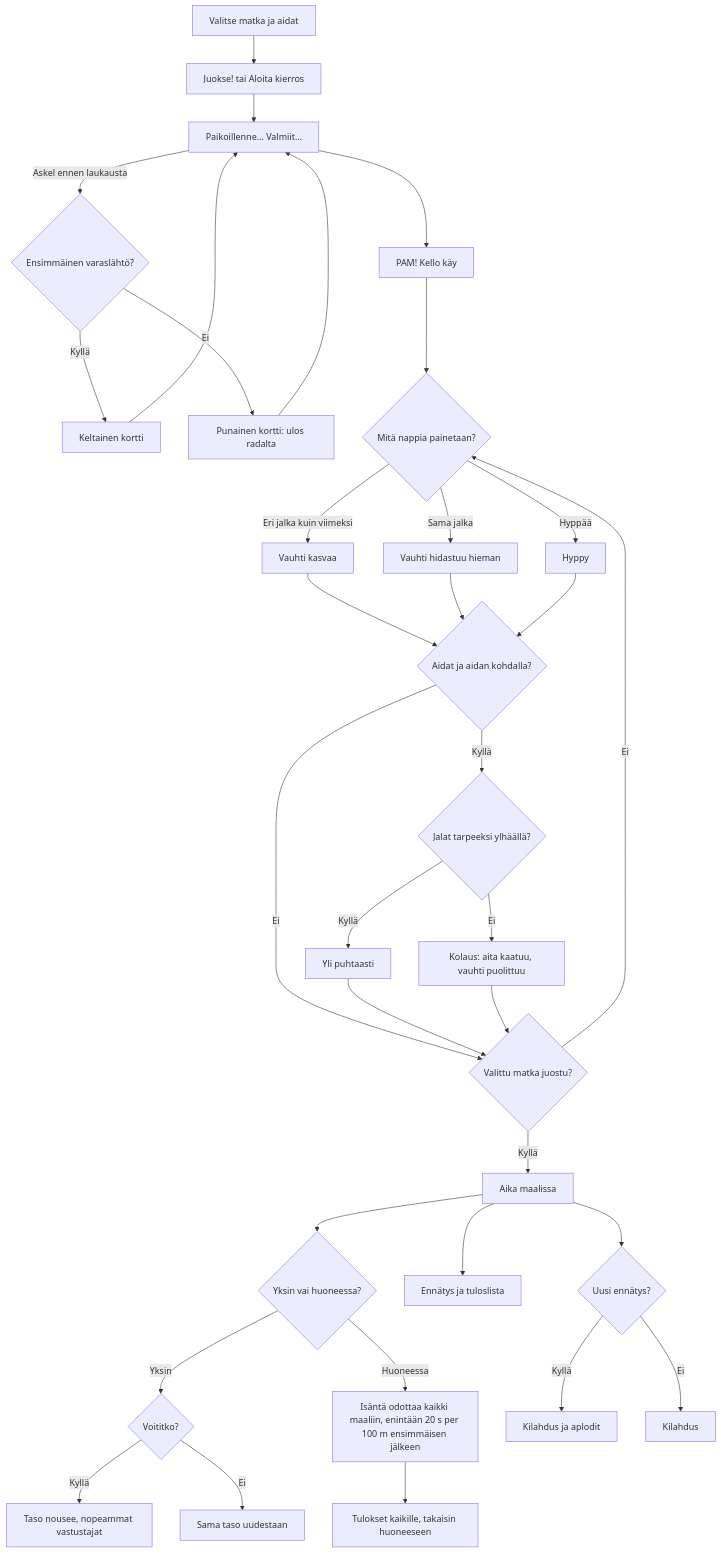
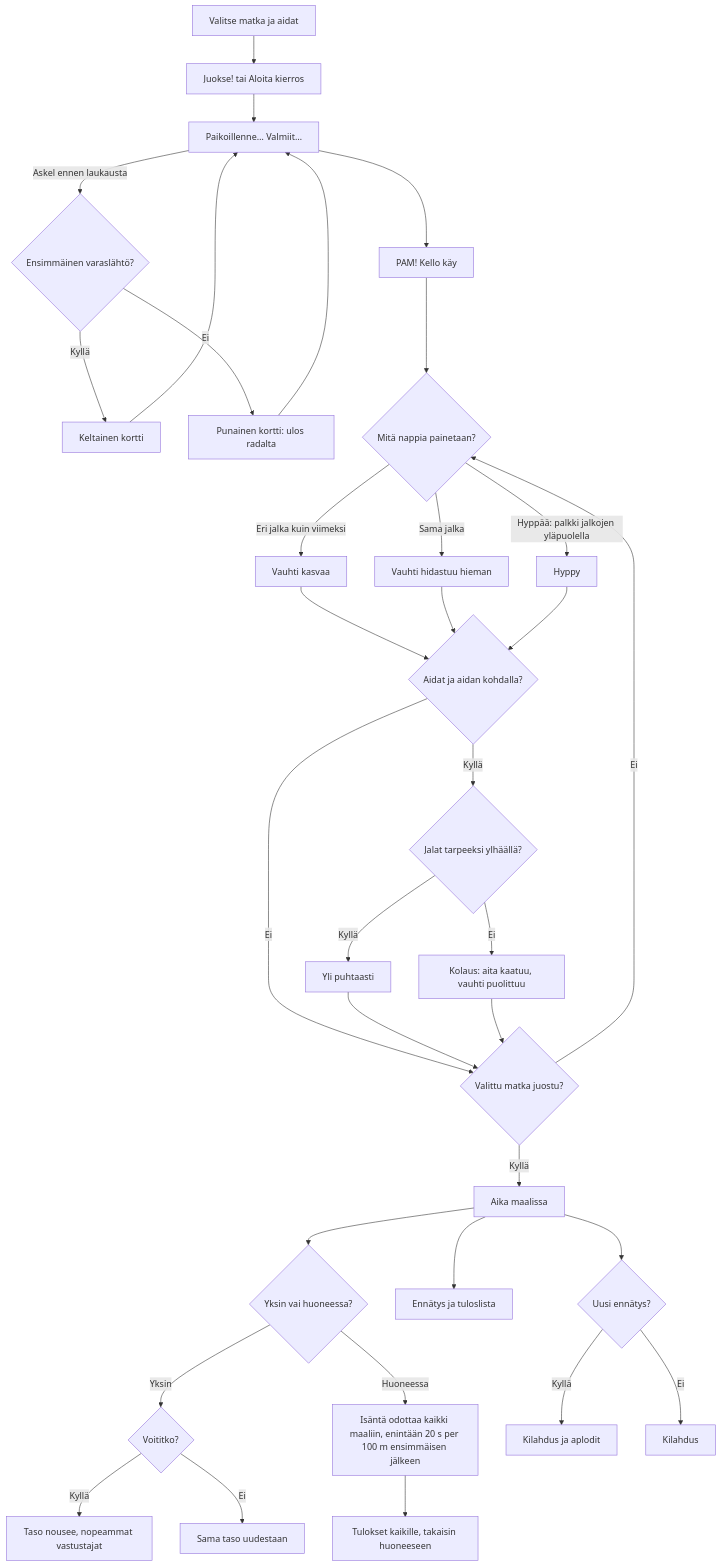
Before and after one commit to eerovil/ai-pelit: the diagram in docs/diagrams/aitajuoksu.md, drawn with Mermaid. The commit also changed other lines of this file and 4 other files, not shown here.

````diff
--- a/docs/diagrams/aitajuoksu.md
+++ b/docs/diagrams/aitajuoksu.md
@@ -17,42 +19,42 @@
 ```mermaid
 flowchart TD
   V[Valitse matka ja aidat] --> A[Juokse! tai Aloita kierros]
   A --> B[Paikoillenne… Valmiit…]
   B --> C[PAM! Kello käy]
   B -- Askel ennen laukausta --> FS{Ensimmäinen varaslähtö?}
   FS -- Kyllä --> YC[Keltainen kortti]
   FS -- Ei --> RC[Punainen kortti: ulos radalta]
   YC --> B
   RC --> B
   C --> D{Mitä nappia painetaan?}
   D -- Eri jalka kuin viimeksi --> E[Vauhti kasvaa]
   D -- Sama jalka --> F[Vauhti hidastuu hieman]
-  D -- Hyppää --> G[Hyppy]
+  D -- Hyppää: palkki jalkojen yläpuolella --> G[Hyppy]
   E --> HA{Aidat ja aidan kohdalla?}
   F --> HA
   G --> HA
   HA -- Ei --> K{Valittu matka juostu?}
   HA -- Kyllä --> H{Jalat tarpeeksi ylhäällä?}
   H -- Kyllä --> I[Yli puhtaasti]
   H -- Ei --> J[Kolaus: aita kaatuu, vauhti puolittuu]
   I --> K
   J --> K
   K -- Ei --> D
   K -- Kyllä --> L[Aika maalissa]
   L --> M{Yksin vai huoneessa?}
   M -- Yksin --> N{Voititko?}
   N -- Kyllä --> O[Taso nousee, nopeammat vastustajat]
   N -- Ei --> P[Sama taso uudestaan]
   M -- Huoneessa --> Q[Isäntä odottaa kaikki maaliin, enintään 20 s per 100 m ensimmäisen jälkeen]
   Q --> R[Tulokset kaikille, takaisin huoneeseen]
   L --> S[Ennätys ja tuloslista]
   L --> SO{Uusi ennätys?}
   SO -- Kyllä --> AP[Kilahdus ja aplodit]
   SO -- Ei --> KL[Kilahdus]
   class V,A,B,C,D blue
   class HA,H,K,M,N,FS,YC,SO amber
   class E,F,G,I teal
   class Q,R violet
   class L,O,S,AP,KL green
   class J,P,RC rose
 ```
````
